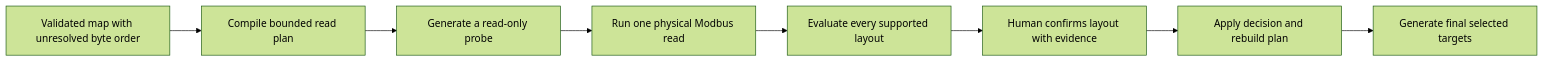
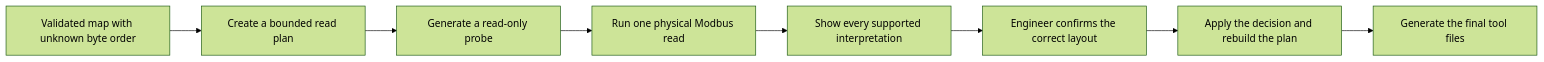
One commit to studioxvii/modbus-skills changed the diagram in README.md. Above: the diagram before and after it, drawn with Mermaid (forest theme). The commit also changed other lines of this file, not shown here.

Commit message:
docs: make README more human-friendly

````diff
--- a/README.md
+++ b/README.md
@@ -185,10 +153,10 @@
 ```mermaid
 flowchart LR
-    A["Validated map with unresolved byte order"] --> B["Compile bounded read plan"]
+    A["Validated map with unknown byte order"] --> B["Create a bounded read plan"]
     B --> C["Generate a read-only probe"]
     C --> D["Run one physical Modbus read"]
-    D --> E["Evaluate every supported layout"]
-    E --> F["Human confirms layout with evidence"]
-    F --> G["Apply decision and rebuild plan"]
-    G --> H["Generate final selected targets"]
+    D --> E["Show every supported interpretation"]
+    E --> F["Engineer confirms the correct layout"]
+    F --> G["Apply the decision and rebuild the plan"]
+    G --> H["Generate the final tool files"]
 ```
````
